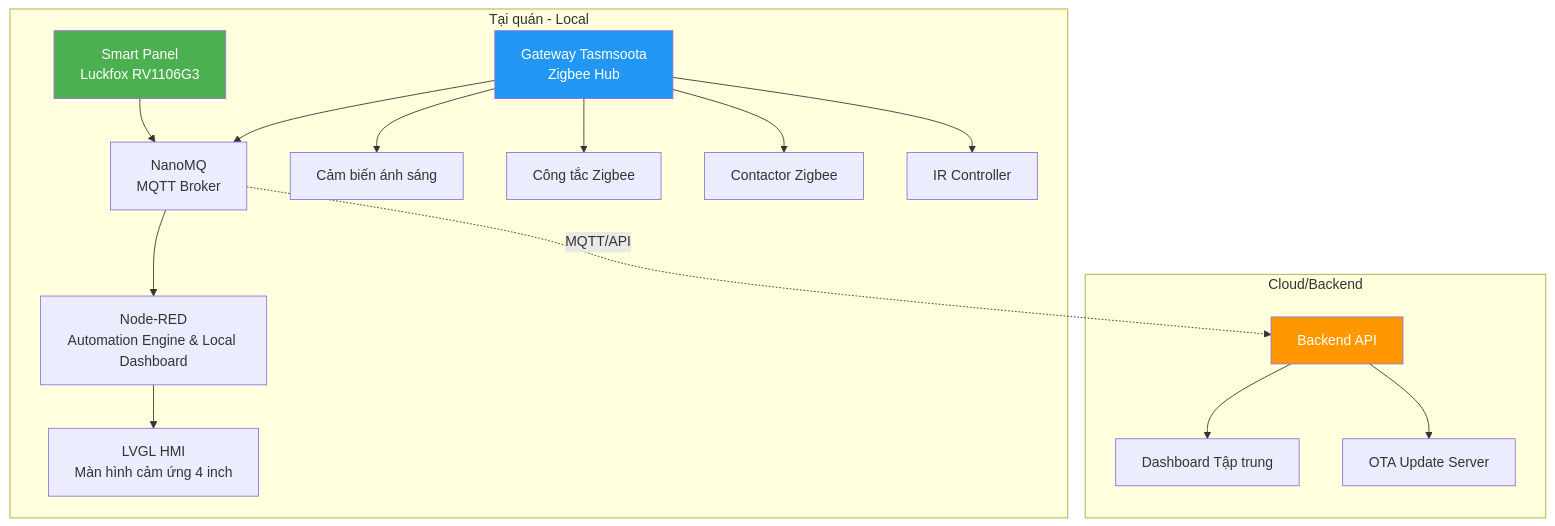
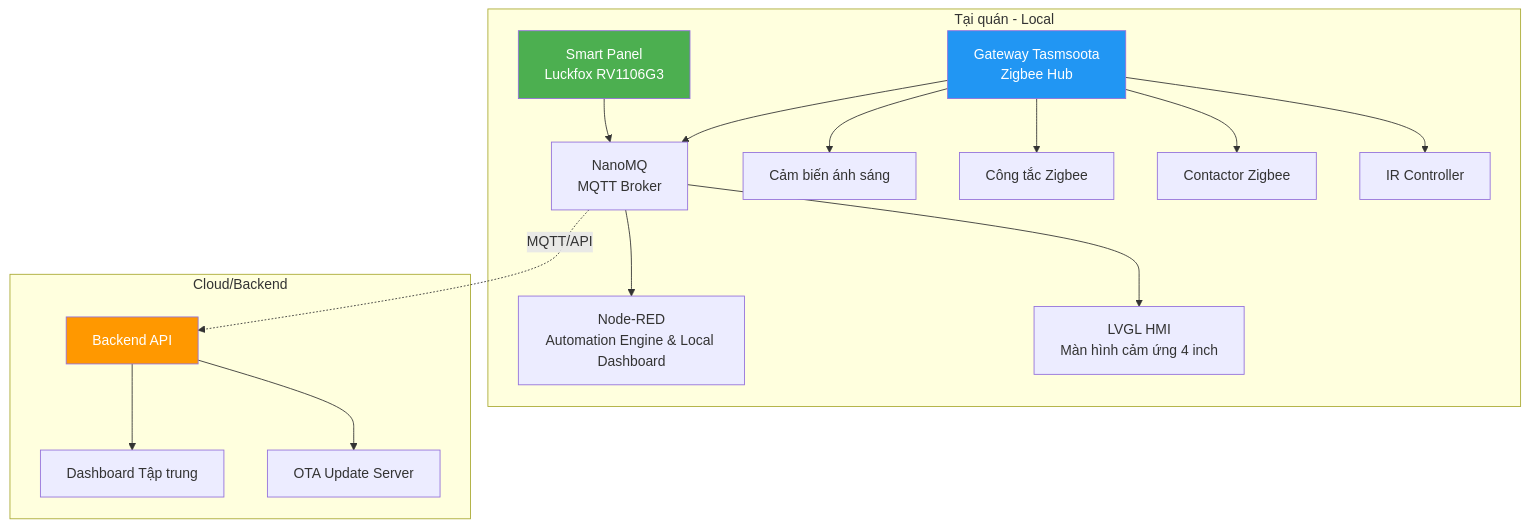
One commit to huongvn/HLCFEOS changed the diagram in slides/01-title.md. Above: the diagram before and after it, drawn with Mermaid. The commit also changed 1 other file, not shown here.

Commit message:
fix(slides): update architecture and terminology
- slide-01: LVGL HMI connects directly to NanoMQ (not through Node-RED)
- slide-03: Replace 'Công tắc tay' with 'Thermostat' for AC manual override
- Remove 'Ban Giám đốc' prefix from slide-03 title

````diff
--- a/slides/01-title.md
+++ b/slides/01-title.md
@@ -22,24 +22,24 @@
 ```mermaid
 graph TB
     subgraph "Tại quán - Local"
         A[Smart Panel<br/>Luckfox RV1106G3] --> B[NanoMQ<br/>MQTT Broker]
         B --> C[Node-RED<br/>Automation Engine & Local Dashboard]
-        C --> D[LVGL HMI<br/>Màn hình cảm ứng 4 inch]
+        B --> D[LVGL HMI<br/>Màn hình cảm ứng 4 inch]
         E[Gateway Tasmsoota<br/>Zigbee Hub] --> B
         E --> F[Cảm biến ánh sáng]
         E --> G[Công tắc Zigbee]
         E --> H[Contactor Zigbee]
         E --> I[IR Controller]
     end
     
     subgraph "Cloud/Backend"
         J[Backend API] --> K[Dashboard Tập trung]
         J --> M[OTA Update Server]
     end
     
     B -. MQTT/API .-> J
     
     style A fill:#4CAF50,color:#fff
     style E fill:#2196F3,color:#fff
     style J fill:#FF9800,color:#fff
 ```
````
